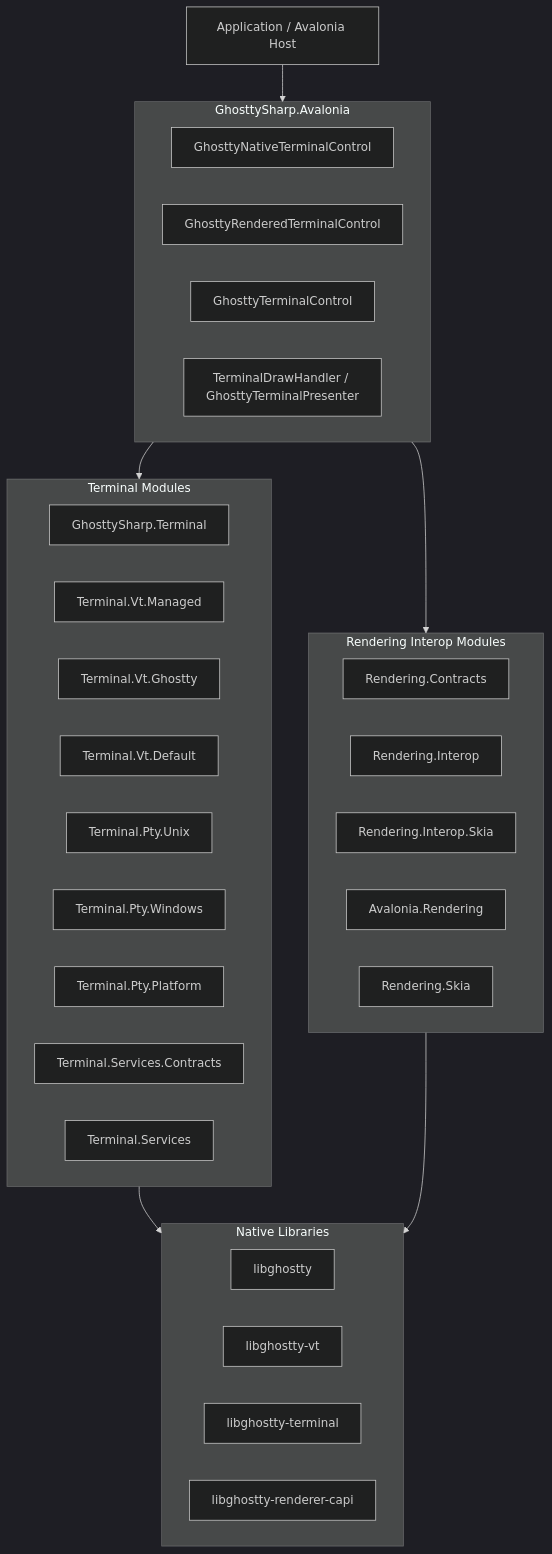
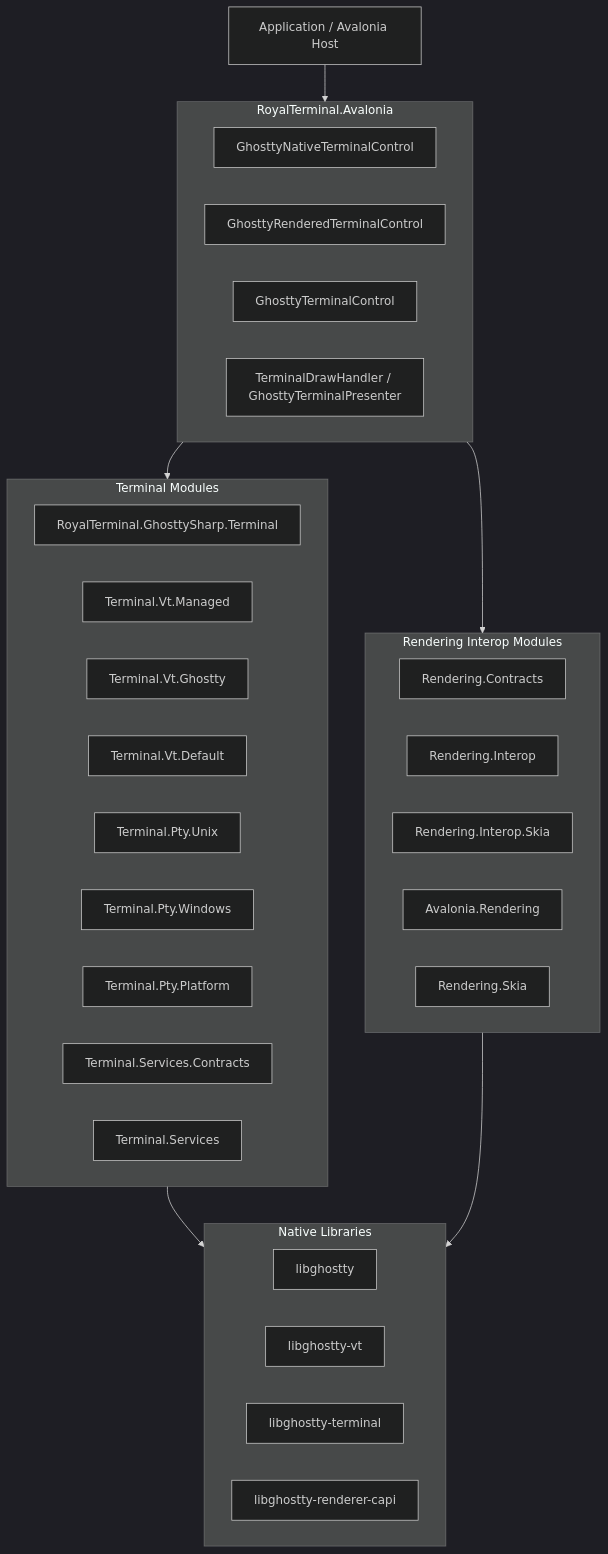
The diagram in README.md (royalapplications/RoyalTerminal), drawn with Mermaid (dark theme) before and after one commit. The commit also changed other lines of this file and 1 other file, not shown here.

Commit message:
docs: rename package and usage references to RoyalTerminal

````diff
--- a/README.md
+++ b/README.md
@@ -77,44 +77,44 @@
 ```mermaid
 flowchart TD
     App[Application / Avalonia Host]
 
-    subgraph UI[GhosttySharp.Avalonia]
+    subgraph UI[RoyalTerminal.Avalonia]
       C1[GhosttyNativeTerminalControl]
       C2[GhosttyRenderedTerminalControl]
       C3[GhosttyTerminalControl]
       UIRender[TerminalDrawHandler / GhosttyTerminalPresenter]
     end
 
     subgraph Terminal[Terminal Modules]
-      T0[GhosttySharp.Terminal]
+      T0[RoyalTerminal.GhosttySharp.Terminal]
       T1[Terminal.Vt.Managed]
       T2[Terminal.Vt.Ghostty]
       T3[Terminal.Vt.Default]
       P1[Terminal.Pty.Unix]
       P2[Terminal.Pty.Windows]
       P3[Terminal.Pty.Platform]
       S1[Terminal.Services.Contracts]
       S2[Terminal.Services]
     end
 
     subgraph Render[Rendering Interop Modules]
       R0[Rendering.Contracts]
       R1[Rendering.Interop]
       R2[Rendering.Interop.Skia]
       R3[Avalonia.Rendering]
       R4[Rendering.Skia]
     end
 
     subgraph Native[Native Libraries]
       N1[libghostty]
       N2[libghostty-vt]
       N3[libghostty-terminal]
       N4[libghostty-renderer-capi]
     end
 
     App --> UI
     UI --> Terminal
     UI --> Render
     Terminal --> Native
     Render --> Native
 ```
````
